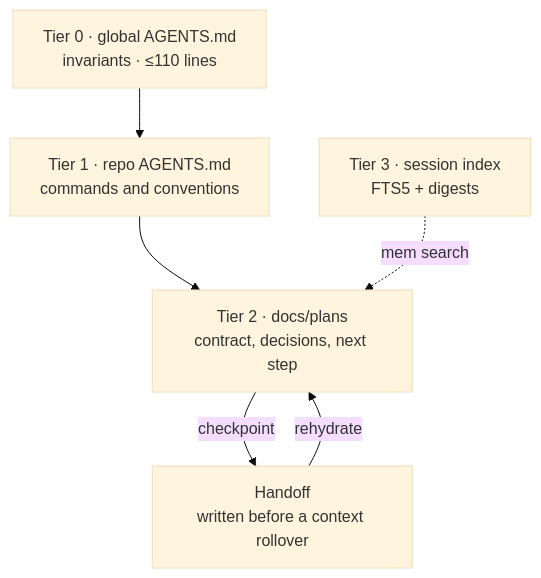
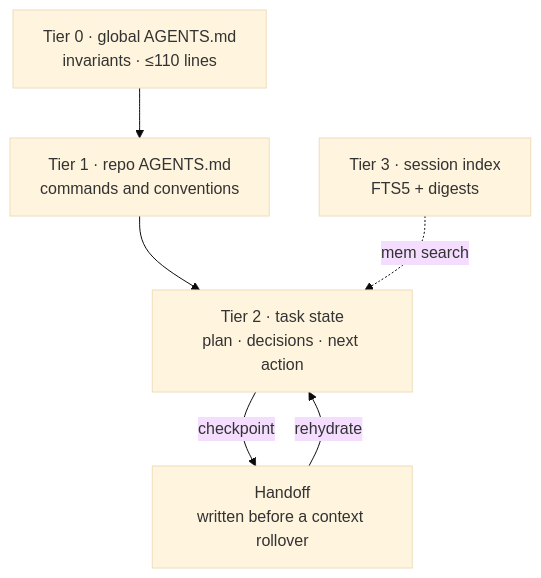
Before and after one commit to vityasyyy/dotfiles: the diagram in docs/agent-memory.md, drawn with Mermaid (base theme). The commit also changed other lines of this file and 14 other files, not shown here.

````diff
--- a/docs/agent-memory.md
+++ b/docs/agent-memory.md
@@ -7,12 +7,12 @@
 ```mermaid
 flowchart TD
   R["Tier 0 · global AGENTS.md<br/>invariants · ≤110 lines"]
   P["Tier 1 · repo AGENTS.md<br/>commands and conventions"]
-  T["Tier 2 · docs/plans<br/>contract, decisions, next step"]
+  T["Tier 2 · task state<br/>plan · decisions · next action"]
   H["Handoff<br/>written before a context rollover"]
   E["Tier 3 · session index<br/>FTS5 + digests"]
   R --> P --> T
   T -->|checkpoint| H
   H -->|rehydrate| T
   E -. "mem search" .-> T
 ```
````
